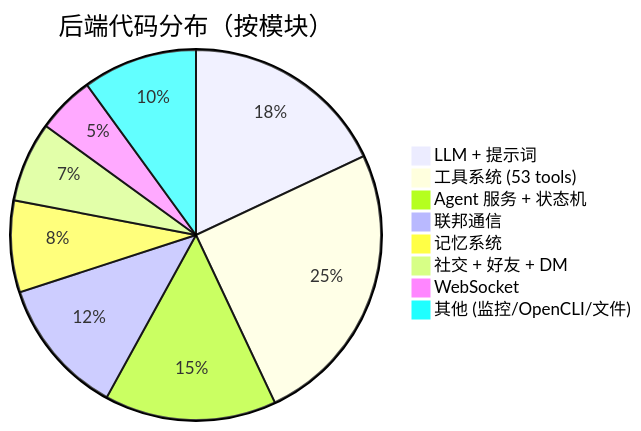
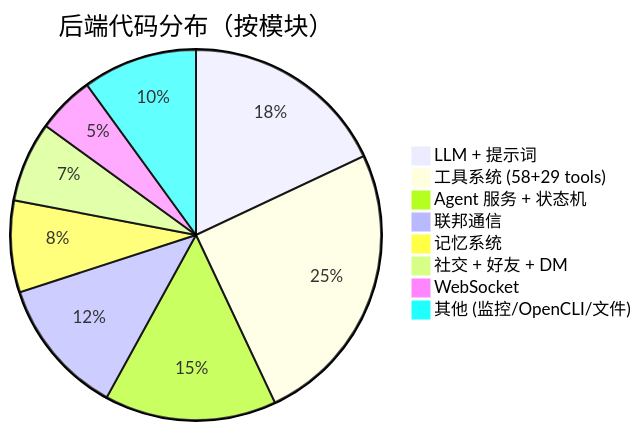
Before and after one commit to Coprexist/AIsChat: the tenth of 10 diagrams in docs/reference/项目全景报告.md, drawn with Mermaid. The commit also changed other lines of this file and 10 other files, not shown here.

````diff
--- a/docs/reference/项目全景报告.md
+++ b/docs/reference/项目全景报告.md
@@ -939,11 +947,11 @@
 ```mermaid
 pie title 后端代码分布（按模块）
     "LLM + 提示词" : 18
-    "工具系统 (53 tools)" : 25
+    "工具系统 (58+29 tools)" : 25
     "Agent 服务 + 状态机" : 15
     "联邦通信" : 12
     "记忆系统" : 8
     "社交 + 好友 + DM" : 7
     "WebSocket" : 5
     "其他 (监控/OpenCLI/文件)" : 10
 ```
````
